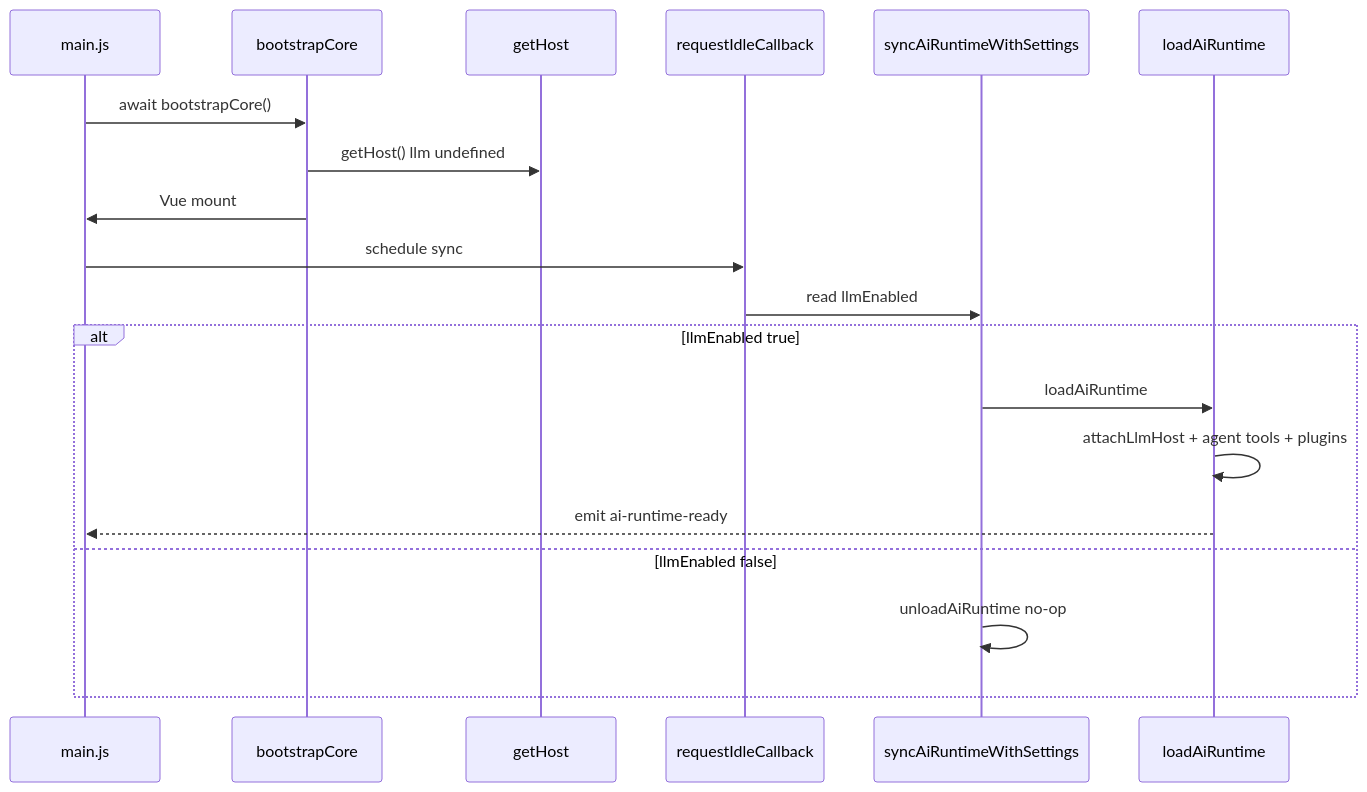
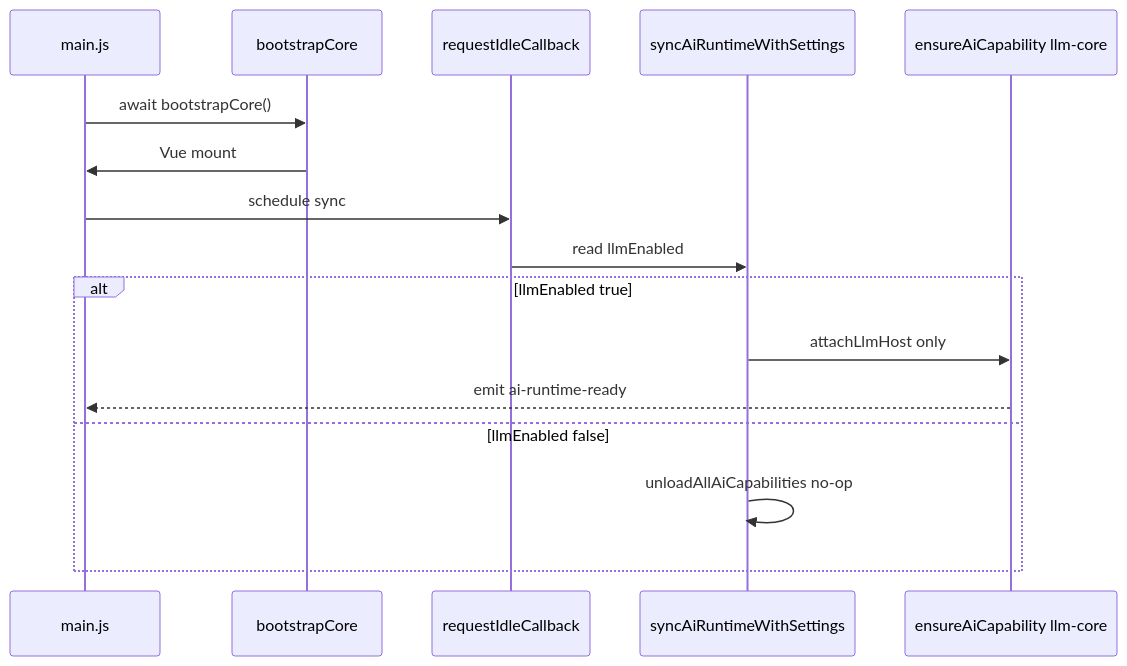
Before and after one commit to JaredYe04/MetaDoc: the diagram in meta-doc/docs/open-source-refactor/07-LAZY-LOADING.md, drawn with Mermaid. The commit also changed other lines of this file and 89 other files, not shown here.

````diff
--- a/meta-doc/docs/open-source-refactor/07-LAZY-LOADING.md
+++ b/meta-doc/docs/open-source-refactor/07-LAZY-LOADING.md
@@ -19,22 +49,19 @@
 ```mermaid
 sequenceDiagram
   participant Main as main.js
   participant Boot as bootstrapCore
-  participant Host as getHost
   participant Idle as requestIdleCallback
   participant Sync as syncAiRuntimeWithSettings
-  participant AI as loadAiRuntime
+  participant Core as ensureAiCapability llm-core
 
   Main->>Boot: await bootstrapCore()
-  Boot->>Host: getHost() llm undefined
   Boot->>Main: Vue mount
   Main->>Idle: schedule sync
   Idle->>Sync: read llmEnabled
   alt llmEnabled true
-    Sync->>AI: loadAiRuntime
-    AI->>AI: attachLlmHost + agent tools + plugins
-    AI-->>Main: emit ai-runtime-ready
+    Sync->>Core: attachLlmHost only
+    Core-->>Main: emit ai-runtime-ready
   else llmEnabled false
-    Sync->>Sync: unloadAiRuntime no-op
+    Sync->>Sync: unloadAllAiCapabilities no-op
   end
 ```
````
